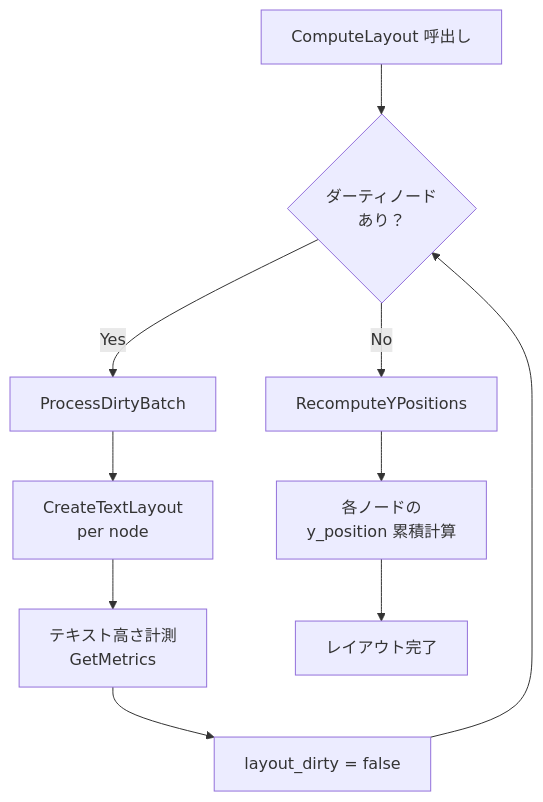
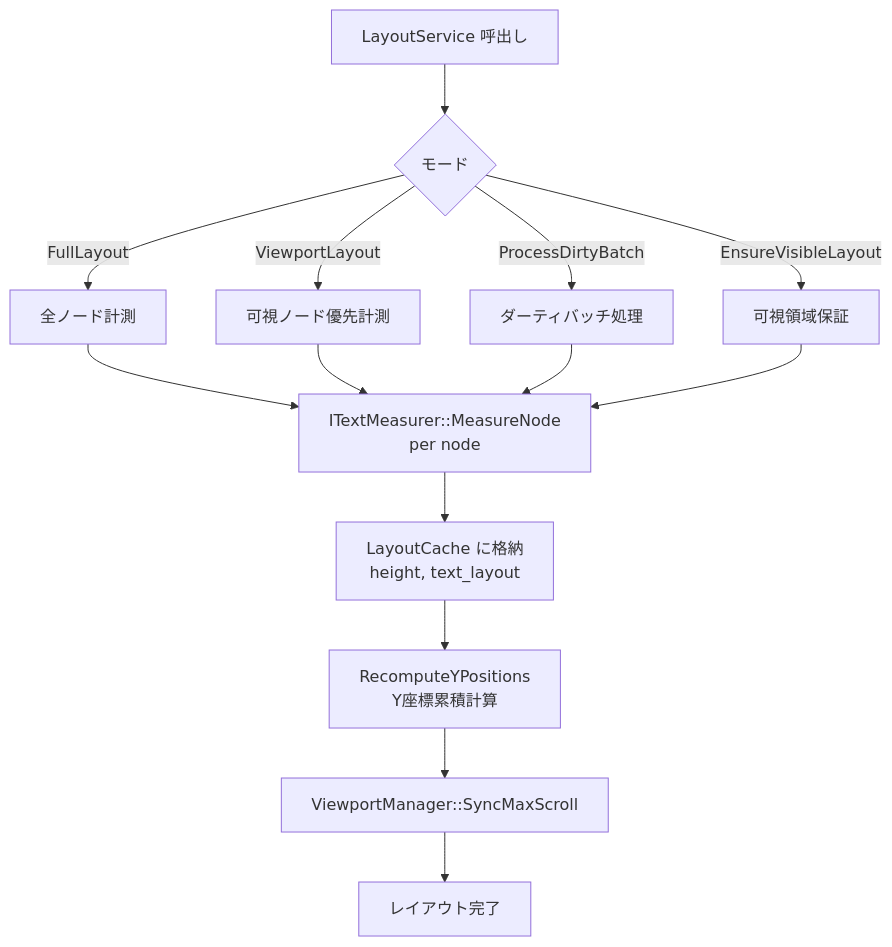
One commit to tanaton/mendo changed the fifth of 27 diagrams in test.md. Above: the diagram before and after it, drawn with Mermaid. The commit also changed other lines of this file, not shown here.

````diff
--- a/test.md
+++ b/test.md
@@ -322,14 +457,18 @@
 ```mermaid
 flowchart TB
-    START[ComputeLayout 呼出し] --> DIRTY{ダーティノード<br>あり？}
-    DIRTY -->|Yes| BATCH[ProcessDirtyBatch]
-    DIRTY -->|No| YPOS[RecomputeYPositions]
+    START[LayoutService 呼出し] --> MODE{モード}
+    MODE -->|FullLayout| FULL[全ノード計測]
+    MODE -->|ViewportLayout| VIEWPORT[可視ノード優先計測]
+    MODE -->|ProcessDirtyBatch| BATCH[ダーティバッチ処理]
+    MODE -->|EnsureVisibleLayout| ENSURE[可視領域保証]
 
-    BATCH --> CREATE[CreateTextLayout<br>per node]
-    CREATE --> MEASURE[テキスト高さ計測<br>GetMetrics]
-    MEASURE --> MARK[layout_dirty = false]
-    MARK --> DIRTY
+    FULL --> MEASURE[ITextMeasurer::MeasureNode<br>per node]
+    VIEWPORT --> MEASURE
+    BATCH --> MEASURE
+    ENSURE --> MEASURE
 
-    YPOS --> CALC[各ノードの<br>y_position 累積計算]
-    CALC --> DONE[レイアウト完了]
+    MEASURE --> CACHE[LayoutCache に格納<br>height, text_layout]
+    CACHE --> YPOS[RecomputeYPositions<br>Y座標累積計算]
+    YPOS --> SYNC[ViewportManager::SyncMaxScroll]
+    SYNC --> DONE[レイアウト完了]
 ```
````
